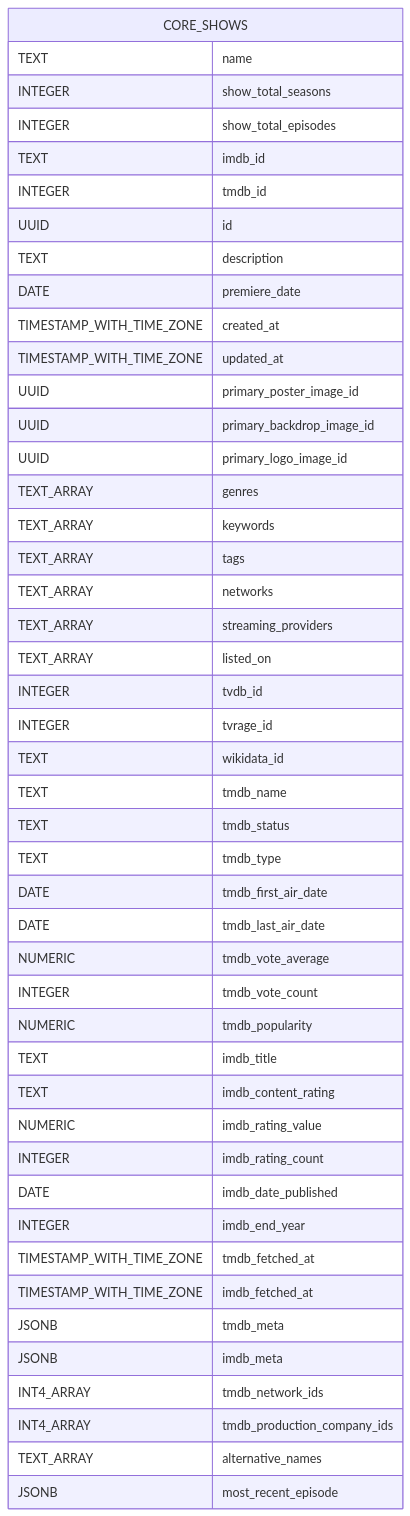
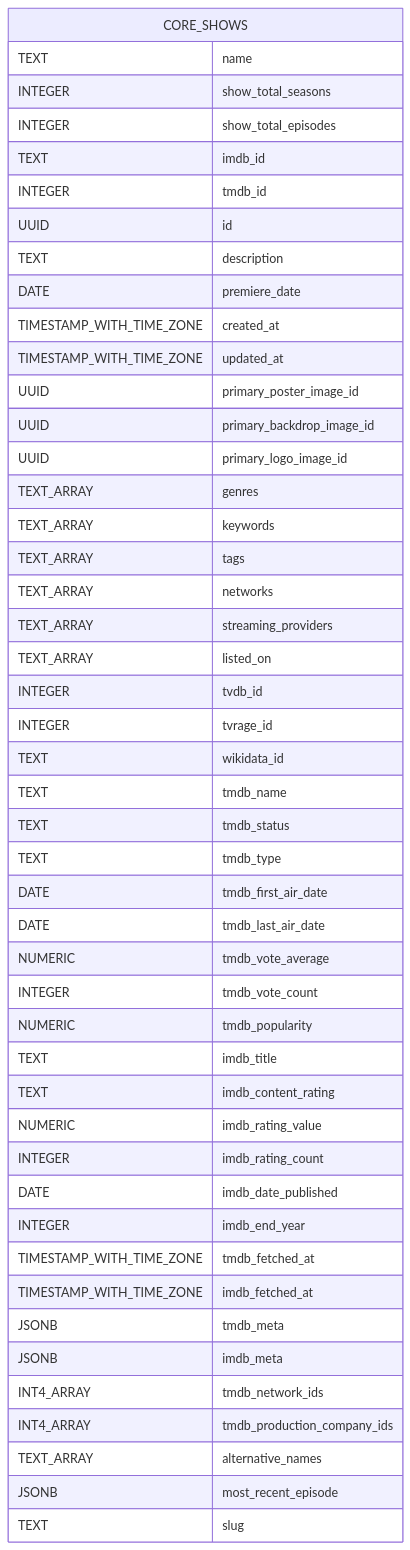
One commit to therealityreport/trr-backend changed the diagram in supabase/schema_docs/diagrams/core.shows.mermaid.md. Above: the diagram before and after it, drawn with Mermaid. The commit also changed 56 other files, not shown here.

````diff
--- a/supabase/schema_docs/diagrams/core.shows.mermaid.md
+++ b/supabase/schema_docs/diagrams/core.shows.mermaid.md
@@ -4,49 +4,50 @@
 ```mermaid
 erDiagram
     CORE_SHOWS {
         TEXT name
         INTEGER show_total_seasons
         INTEGER show_total_episodes
         TEXT imdb_id
         INTEGER tmdb_id
         UUID id
         TEXT description
         DATE premiere_date
         TIMESTAMP_WITH_TIME_ZONE created_at
         TIMESTAMP_WITH_TIME_ZONE updated_at
         UUID primary_poster_image_id
         UUID primary_backdrop_image_id
         UUID primary_logo_image_id
         TEXT_ARRAY genres
         TEXT_ARRAY keywords
         TEXT_ARRAY tags
         TEXT_ARRAY networks
         TEXT_ARRAY streaming_providers
         TEXT_ARRAY listed_on
         INTEGER tvdb_id
         INTEGER tvrage_id
         TEXT wikidata_id
         TEXT tmdb_name
         TEXT tmdb_status
         TEXT tmdb_type
         DATE tmdb_first_air_date
         DATE tmdb_last_air_date
         NUMERIC tmdb_vote_average
         INTEGER tmdb_vote_count
         NUMERIC tmdb_popularity
         TEXT imdb_title
         TEXT imdb_content_rating
         NUMERIC imdb_rating_value
         INTEGER imdb_rating_count
         DATE imdb_date_published
         INTEGER imdb_end_year
         TIMESTAMP_WITH_TIME_ZONE tmdb_fetched_at
         TIMESTAMP_WITH_TIME_ZONE imdb_fetched_at
         JSONB tmdb_meta
         JSONB imdb_meta
         INT4_ARRAY tmdb_network_ids
         INT4_ARRAY tmdb_production_company_ids
         TEXT_ARRAY alternative_names
         JSONB most_recent_episode
+        TEXT slug
     }
 ```
````
